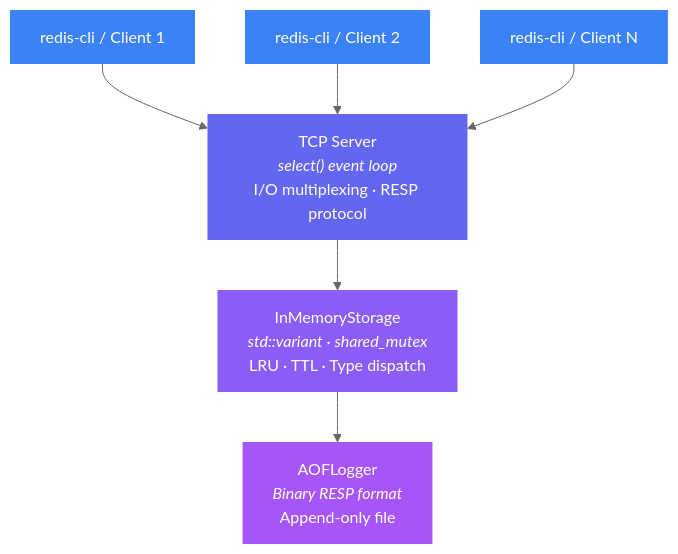
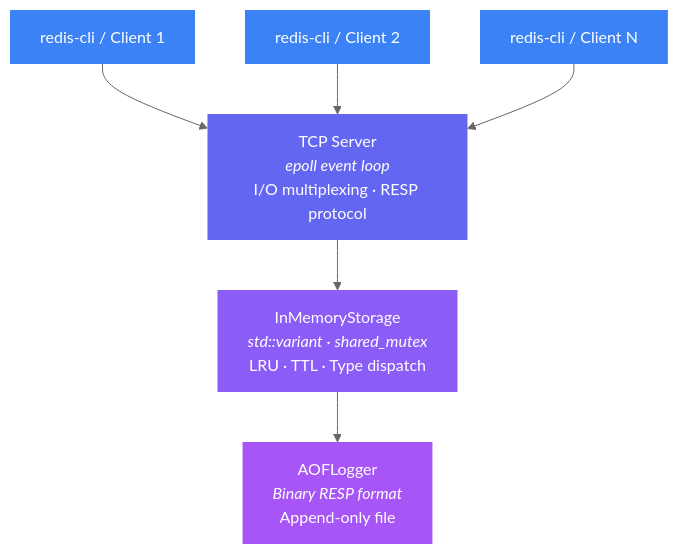
One commit to madhavthesiya/kosh changed the first of 2 diagrams in README.md. Above: the diagram before and after it, drawn with Mermaid (neutral theme). The commit also changed other lines of this file, not shown here.

````diff
--- a/README.md
+++ b/README.md
@@ -43,23 +52,23 @@
 ```mermaid
 flowchart TD
     Client1["redis-cli / Client 1"]
     Client2["redis-cli / Client 2"]
     Client3["redis-cli / Client N"]
 
-    Server["TCP Server\n<i>select() event loop</i>\nI/O multiplexing · RESP protocol"]
+    Server["TCP Server\n<i>epoll event loop</i>\nI/O multiplexing · RESP protocol"]
     Storage["InMemoryStorage\n<i>std::variant · shared_mutex</i>\nLRU · TTL · Type dispatch"]
     AOF["AOFLogger\n<i>Binary RESP format</i>\nAppend-only file"]
 
     Client1 --> Server
     Client2 --> Server
     Client3 --> Server
     Server --> Storage
     Storage --> AOF
 
     style Client1 fill:#3b82f6,color:#fff,stroke:none
     style Client2 fill:#3b82f6,color:#fff,stroke:none
     style Client3 fill:#3b82f6,color:#fff,stroke:none
     style Server fill:#6366f1,color:#fff,stroke:none
     style Storage fill:#8b5cf6,color:#fff,stroke:none
     style AOF fill:#a855f7,color:#fff,stroke:none
 ```
````
